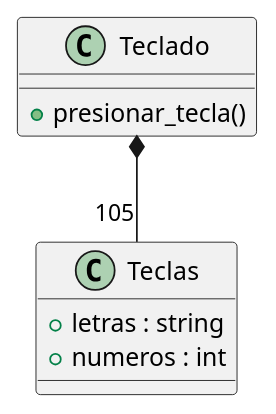
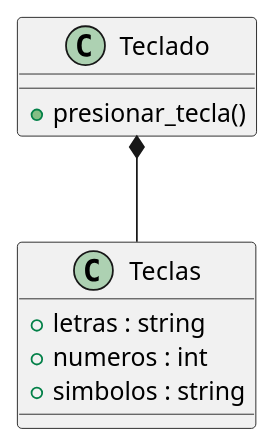
One commit to ValCicco/IS-022023 changed the diagram in docs/diagrams/b1teclado.plantuml. Above: the diagram before and after it, drawn with PlantUML. The commit also changed 9 other files, not shown here.

```diff
--- a/docs/diagrams/b1teclado.plantuml
+++ b/docs/diagrams/b1teclado.plantuml
@@ -1,11 +1,12 @@
 @startuml b1-Teclado
 Class Teclado{
     + presionar_tecla()
 }
 Class Teclas{
     + letras : string
     + numeros : int
+    + simbolos : string
     
 }
-Teclado*-- "105" Teclas
+Teclado *--  Teclas
 @enduml
```
